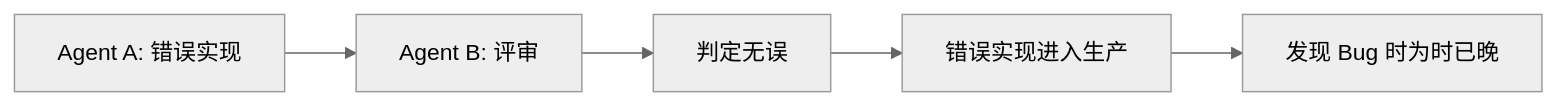
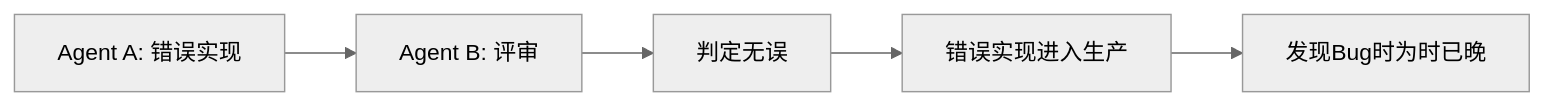
The diagram in articles/zh/2026-03-18-spec-driven-development-ai-coding.md (no-problem-dev/rick-brick-content), drawn with Mermaid (neutral theme) before and after one commit. The commit also changed other lines of this file and 126 other files, not shown here.

````diff
--- a/articles/zh/2026-03-18-spec-driven-development-ai-coding.md
+++ b/articles/zh/2026-03-18-spec-driven-development-ai-coding.md
@@ -38,7 +38,7 @@
 ```mermaid
 graph LR
     A[Agent A: 错误实现] --> B[Agent B: 评审]
     B --> C[判定无误]
     C --> D[错误实现进入生产]
-    D --> E[发现 Bug 时为时已晚]
+    D --> E[发现Bug时为时已晚]
 ```
````
